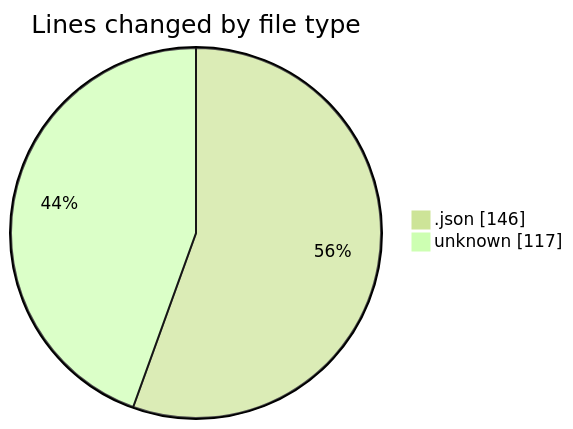
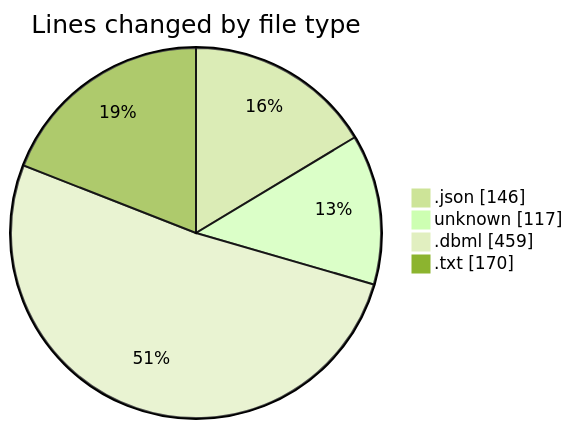
The first of 2 diagrams in 2025-10-02/oura-api/README.md (mevix1/code-tracking), drawn with Mermaid (forest theme) before and after one commit. The commit also changed other lines of this file and 1 other file, not shown here.

````diff
--- a/2025-10-02/oura-api/README.md
+++ b/2025-10-02/oura-api/README.md
@@ -22,6 +24,8 @@
 ```mermaid
 pie showData
 title Lines changed by file type
 ".json" : 146
 "unknown" : 117
+".dbml" : 459
+".txt" : 170
 ```
````
